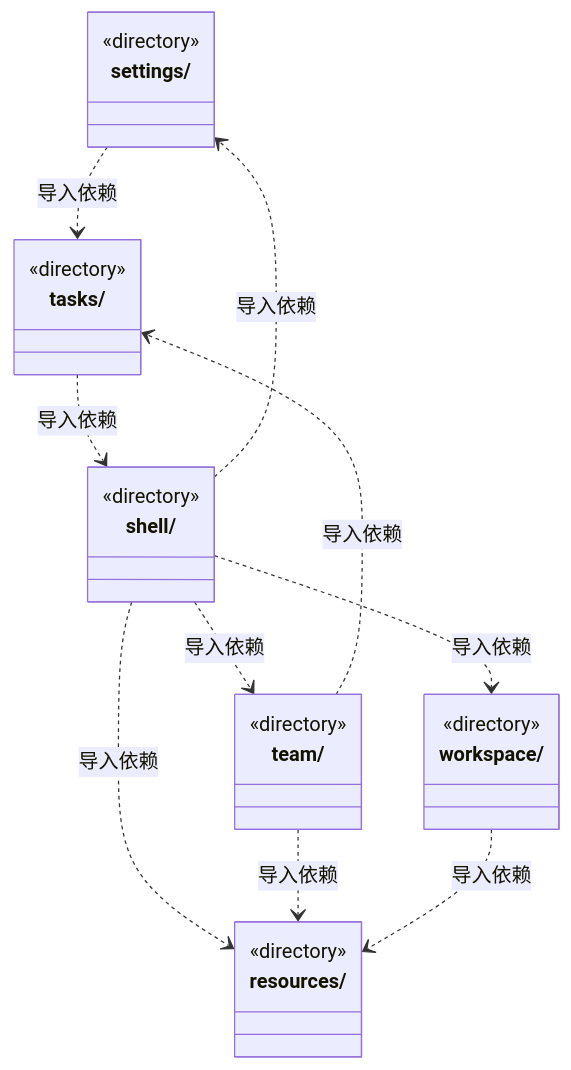
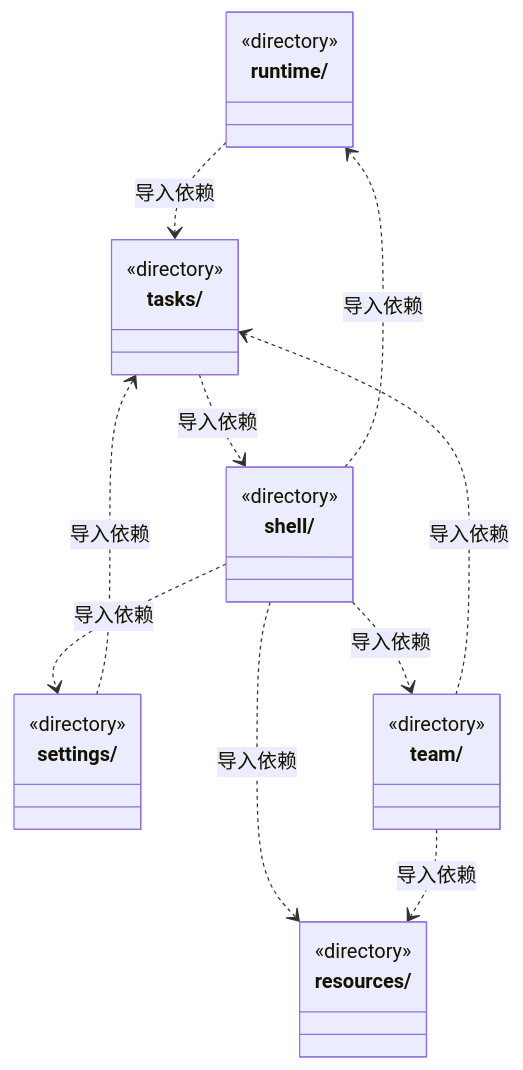
The second of 3 diagrams in src/frontend/ARCHITECTURE.md (nan023062/cbim), drawn with Mermaid before and after one commit. The commit also changed other lines of this file and 42 other files, not shown here.

````diff
--- a/src/frontend/ARCHITECTURE.md
+++ b/src/frontend/ARCHITECTURE.md
@@ -40,30 +40,30 @@
 ```mermaid
 classDiagram
 class N_src_frontend_resources["resources/"] {
+  <<directory>>
+}
+class N_src_frontend_runtime["runtime/"] {
   <<directory>>
 }
 class N_src_frontend_settings["settings/"] {
   <<directory>>
 }
 class N_src_frontend_shell["shell/"] {
   <<directory>>
 }
 class N_src_frontend_tasks["tasks/"] {
   <<directory>>
 }
 class N_src_frontend_team["team/"] {
   <<directory>>
 }
-class N_src_frontend_workspace["workspace/"] {
-  <<directory>>
-}
+N_src_frontend_runtime ..> N_src_frontend_tasks : 导入依赖
 N_src_frontend_settings ..> N_src_frontend_tasks : 导入依赖
 N_src_frontend_shell ..> N_src_frontend_resources : 导入依赖
 N_src_frontend_shell ..> N_src_frontend_settings : 导入依赖
+N_src_frontend_shell ..> N_src_frontend_runtime : 导入依赖
 N_src_frontend_shell ..> N_src_frontend_team : 导入依赖
-N_src_frontend_shell ..> N_src_frontend_workspace : 导入依赖
 N_src_frontend_tasks ..> N_src_frontend_shell : 导入依赖
 N_src_frontend_team ..> N_src_frontend_tasks : 导入依赖
 N_src_frontend_team ..> N_src_frontend_resources : 导入依赖
-N_src_frontend_workspace ..> N_src_frontend_resources : 导入依赖
 ```
````
